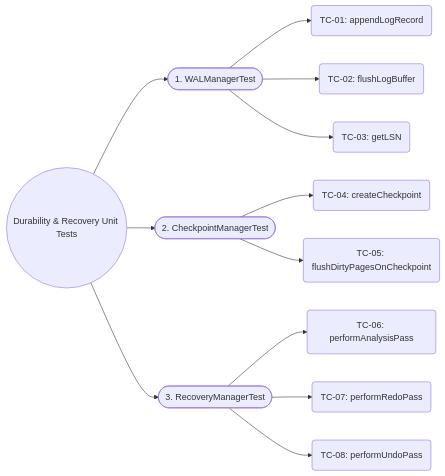
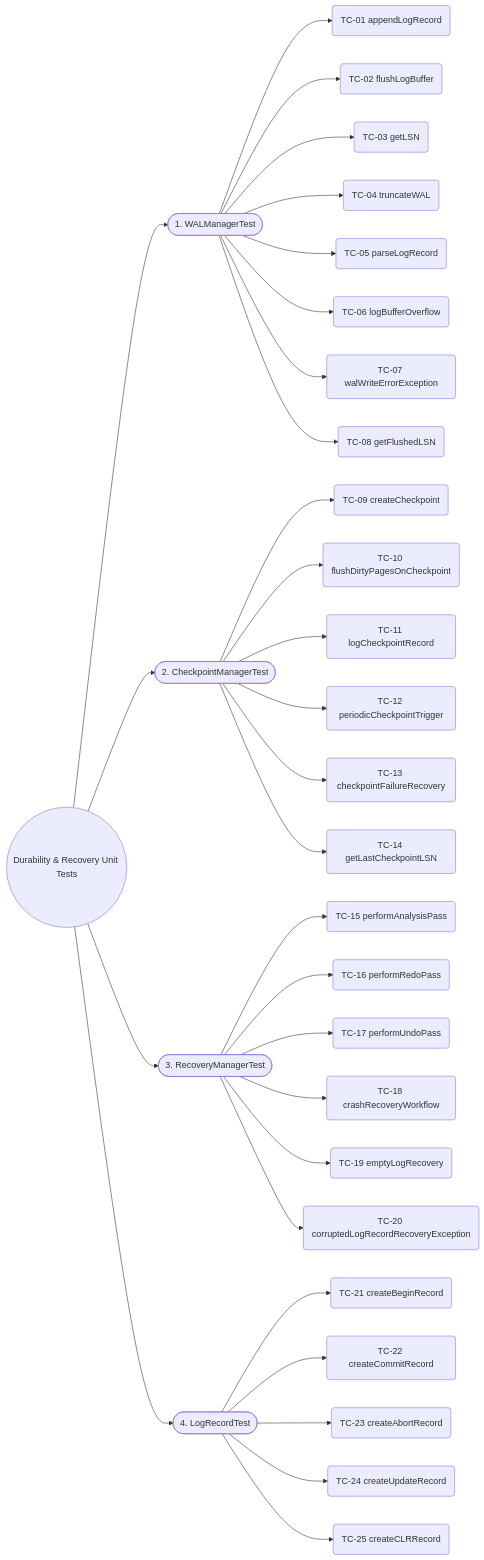
The seventh of 11 diagrams in docs/unit_test/README.md (Dikhang1112/Database_Management_BBV), drawn with Mermaid before and after one commit. The commit also changed other lines of this file and 6 other files, not shown here.

Commit message:
Add docs sequece diagram and scenario testcase

````diff
--- a/docs/unit_test/README.md
+++ b/docs/unit_test/README.md
@@ -372,23 +504,43 @@
 ```mermaid
 flowchart LR
     Root(("Durability & Recovery Unit Tests"))
 
     Cat1(["1. WALManagerTest"])
     Cat2(["2. CheckpointManagerTest"])
     Cat3(["3. RecoveryManagerTest"])
+    Cat4(["4. LogRecordTest"])
 
     Root --> Cat1
     Root --> Cat2
     Root --> Cat3
+    Root --> Cat4
 
-    Cat1 --> TC01("TC-01: appendLogRecord")
-    Cat1 --> TC02("TC-02: flushLogBuffer")
-    Cat1 --> TC03("TC-03: getLSN")
+    Cat1 --> TC01("TC-01 appendLogRecord")
+    Cat1 --> TC02("TC-02 flushLogBuffer")
+    Cat1 --> TC03("TC-03 getLSN")
+    Cat1 --> TC04("TC-04 truncateWAL")
+    Cat1 --> TC05("TC-05 parseLogRecord")
+    Cat1 --> TC06("TC-06 logBufferOverflow")
+    Cat1 --> TC07("TC-07 walWriteErrorException")
+    Cat1 --> TC08("TC-08 getFlushedLSN")
 
-    Cat2 --> TC04("TC-04: createCheckpoint")
-    Cat2 --> TC05("TC-05: flushDirtyPagesOnCheckpoint")
+    Cat2 --> TC09("TC-09 createCheckpoint")
+    Cat2 --> TC10("TC-10 flushDirtyPagesOnCheckpoint")
+    Cat2 --> TC11("TC-11 logCheckpointRecord")
+    Cat2 --> TC12("TC-12 periodicCheckpointTrigger")
+    Cat2 --> TC13("TC-13 checkpointFailureRecovery")
+    Cat2 --> TC14("TC-14 getLastCheckpointLSN")
 
-    Cat3 --> TC06("TC-06: performAnalysisPass")
-    Cat3 --> TC07("TC-07: performRedoPass")
-    Cat3 --> TC08("TC-08: performUndoPass")
+    Cat3 --> TC15("TC-15 performAnalysisPass")
+    Cat3 --> TC16("TC-16 performRedoPass")
+    Cat3 --> TC17("TC-17 performUndoPass")
+    Cat3 --> TC18("TC-18 crashRecoveryWorkflow")
+    Cat3 --> TC19("TC-19 emptyLogRecovery")
+    Cat3 --> TC20("TC-20 corruptedLogRecordRecoveryException")
+
+    Cat4 --> TC21("TC-21 createBeginRecord")
+    Cat4 --> TC22("TC-22 createCommitRecord")
+    Cat4 --> TC23("TC-23 createAbortRecord")
+    Cat4 --> TC24("TC-24 createUpdateRecord")
+    Cat4 --> TC25("TC-25 createCLRRecord")
 ```
````
